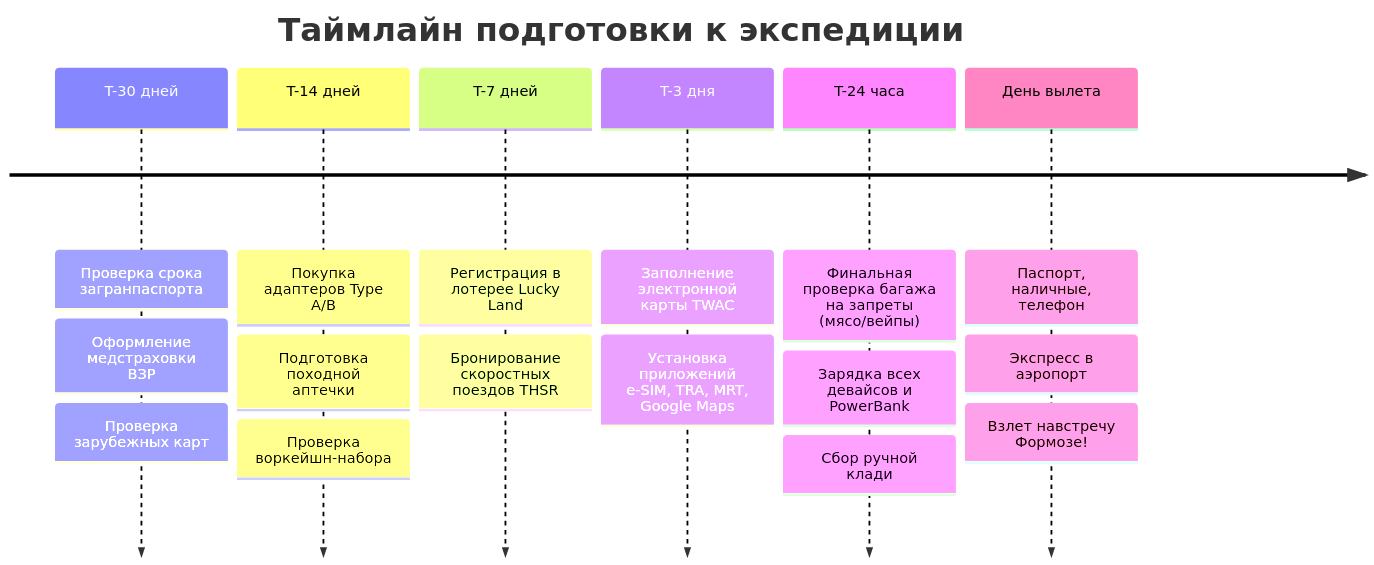
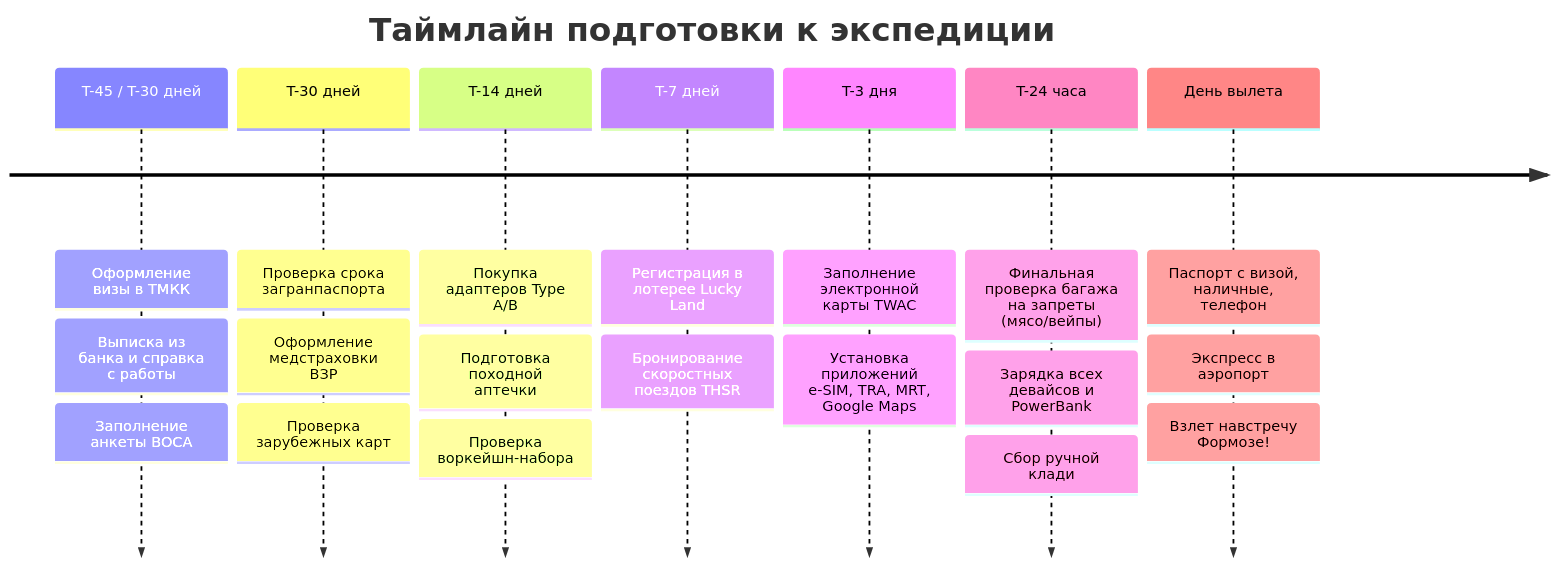
One commit to injurka/obsidian-mark changed the second of 2 diagrams in Personal Note/Travel/-- Taiwan/06 - Чек лист/Чек-лист подготовки и сборов.md. Above: the diagram before and after it, drawn with Mermaid. The commit also changed other lines of this file and 20 other files, not shown here.

````diff
--- a/Personal Note/Travel/-- Taiwan/06 - Чек лист/Чек-лист подготовки и сборов.md
+++ b/Personal Note/Travel/-- Taiwan/06 - Чек лист/Чек-лист подготовки и сборов.md
@@ -173,10 +174,11 @@
 ```mermaid
 timeline
     title Таймлайн подготовки к экспедиции
+    T-45 / T-30 дней : Оформление визы в ТМКК : Выписка из банка и справка с работы : Заполнение анкеты BOCA
     T-30 дней : Проверка срока загранпаспорта : Оформление медстраховки ВЗР : Проверка зарубежных карт
     T-14 дней : Покупка адаптеров Type A/B : Подготовка походной аптечки : Проверка воркейшн-набора
     T-7 дней : Регистрация в лотерее Lucky Land : Бронирование скоростных поездов THSR
     T-3 дня : Заполнение электронной карты TWAC : Установка приложений e-SIM, TRA, MRT, Google Maps
     T-24 часа : Финальная проверка багажа на запреты (мясо/вейпы) : Зарядка всех девайсов и PowerBank : Сбор ручной клади
-    День вылета : Паспорт, наличные, телефон : Экспресс в аэропорт : Взлет навстречу Формозе!
+    День вылета : Паспорт с визой, наличные, телефон : Экспресс в аэропорт : Взлет навстречу Формозе!
 ```
````
